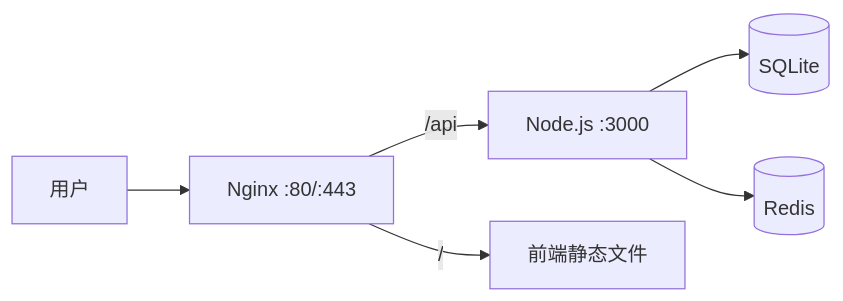
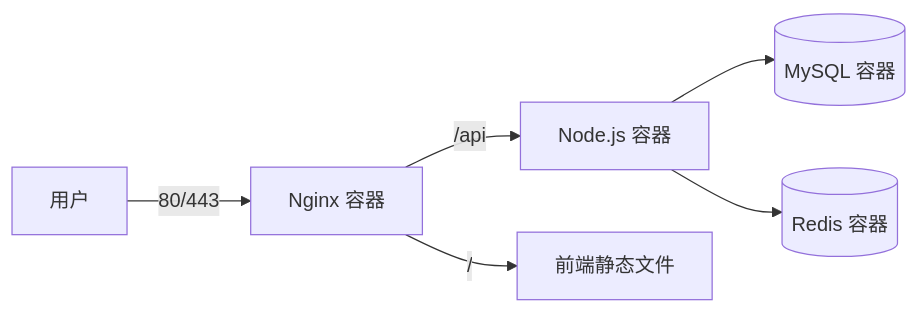
The second of 2 diagrams in .trae/documents/Technical-Architecture.md (a634802209/xinmeng), drawn with Mermaid before and after one commit. The commit also changed other lines of this file and 6 other files, not shown here.

````diff
--- a/.trae/documents/Technical-Architecture.md
+++ b/.trae/documents/Technical-Architecture.md
@@ -216,8 +197,8 @@
 ```mermaid
 graph LR
-    User[用户] --> Nginx[Nginx :80/:443]
-    Nginx -->|/api| Node[Node.js :3000]
-    Nginx -->|/| Static[前端静态文件]
-    Node --> SQLite[(SQLite)]
-    Node --> Redis[(Redis)]
+    User[用户] -->|80/443| Nginx[Nginx 容器]
+    Nginx -->|/api| Backend[Node.js 容器]
+    Nginx -->|/| Frontend[前端静态文件]
+    Backend --> MySQL[(MySQL 容器)]
+    Backend --> Redis[(Redis 容器)]
 ```
````
